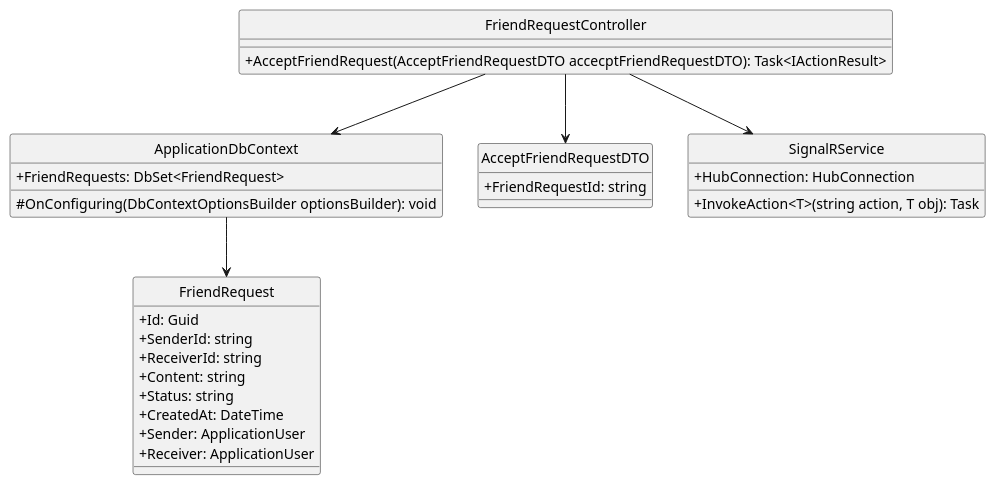
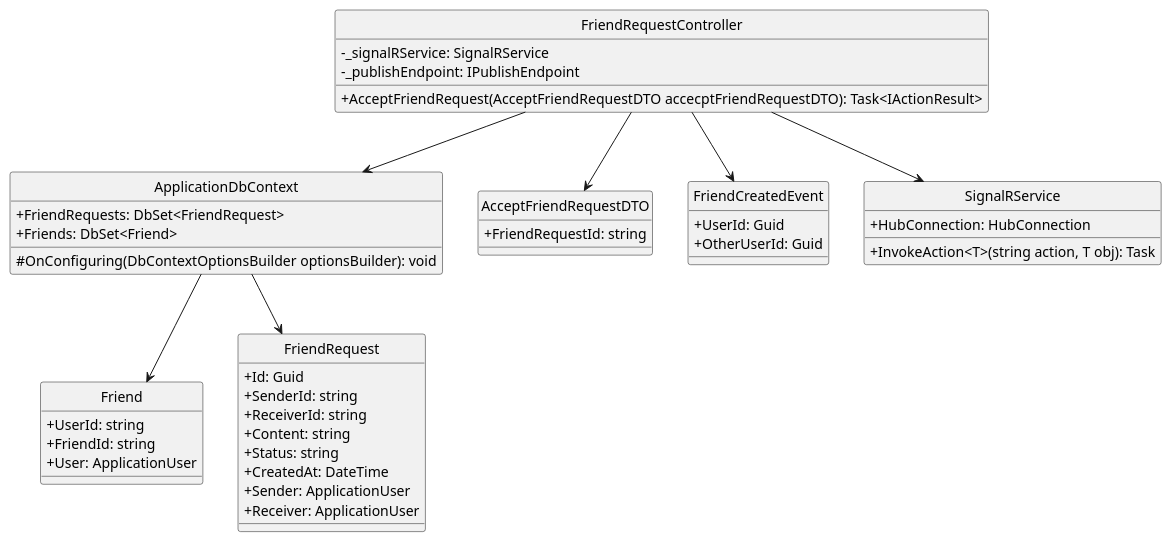
The diagram in docs/Class Diagram/Identity/AcceptFriendRequest/ClassDiagram.plantuml (Carl-Johnsons/Chat-Application), drawn with PlantUML before and after one commit. The commit also changed 11 other files, not shown here.

Commit message:
Complete Identity Service class Diagram

```diff
--- a/docs/Class Diagram/Identity/AcceptFriendRequest/ClassDiagram.plantuml
+++ b/docs/Class Diagram/Identity/AcceptFriendRequest/ClassDiagram.plantuml
@@ -1,39 +1,54 @@
 @startuml acceptFriendRequest
 hide circle
 skinparam classAttributeIconSize 0
 class FriendRequestController {
-    +AcceptFriendRequest(AcceptFriendRequestDTO accecptFriendRequestDTO): Task<IActionResult>
+    - _signalRService: SignalRService
+    - _publishEndpoint: IPublishEndpoint
+    + AcceptFriendRequest(AcceptFriendRequestDTO accecptFriendRequestDTO): Task<IActionResult>
 }
 
 class ApplicationDbContext {
-    +FriendRequests: DbSet<FriendRequest>
-    #OnConfiguring(DbContextOptionsBuilder optionsBuilder): void
+    + FriendRequests: DbSet<FriendRequest>
+    + Friends: DbSet<Friend>
+    # OnConfiguring(DbContextOptionsBuilder optionsBuilder): void
 }
 
 
 class AcceptFriendRequestDTO {
-    +FriendRequestId: string
+    + FriendRequestId: string
+}
+
+class Friend{
+    + UserId: string
+    + FriendId: string
+    + User: ApplicationUser
 }
 
 class FriendRequest {
-    +Id: Guid
-    +SenderId: string
-    +ReceiverId: string
-    +Content: string
-    +Status: string
-    +CreatedAt: DateTime
-    +Sender: ApplicationUser
-    +Receiver: ApplicationUser
+    + Id: Guid
+    + SenderId: string
+    + ReceiverId: string
+    + Content: string
+    + Status: string
+    + CreatedAt: DateTime
+    + Sender: ApplicationUser
+    + Receiver: ApplicationUser
 }
 
+class FriendCreatedEvent{
+    + UserId: Guid
+    + OtherUserId: Guid
+}
 
 class SignalRService {
-    +HubConnection: HubConnection
-    +InvokeAction<T>(string action, T obj): Task
+    + HubConnection: HubConnection
+    + InvokeAction<T>(string action, T obj): Task
 }
 
 FriendRequestController --> ApplicationDbContext
 FriendRequestController --> AcceptFriendRequestDTO
 FriendRequestController --> SignalRService
+FriendRequestController --> FriendCreatedEvent
 ApplicationDbContext --> FriendRequest
+ApplicationDbContext --> Friend
 @enduml
```
